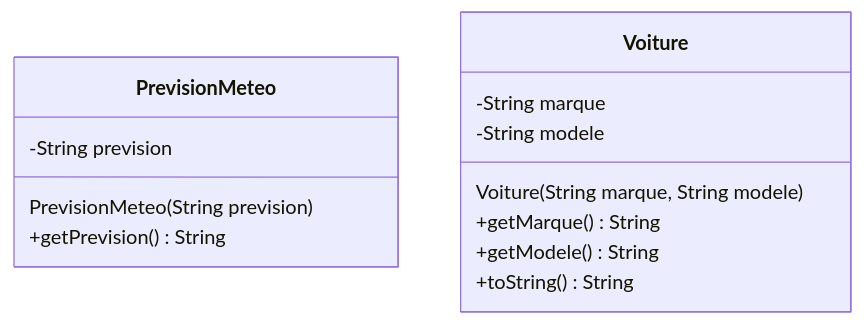
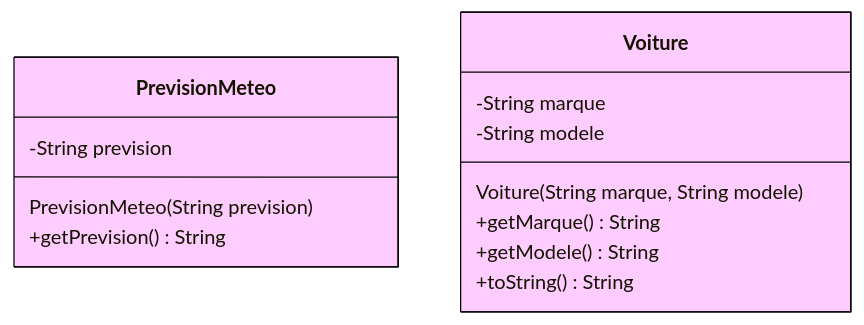
The second of 4 diagrams in README.md (emf-info/MVC_FXML_320_JDK17LTS), drawn with Mermaid before and after one commit. The commit also changed other lines of this file, not shown here.

Commit message:
Correction des couleurs dans les diagrammes de classe

````diff
--- a/README.md
+++ b/README.md
@@ -69,19 +82,22 @@
 ```mermaid
 classDiagram
 
     class PrevisionMeteo {
         -String prevision
         PrevisionMeteo( String prevision )
         +getPrevision() String
     }
 
     class Voiture {
         -String marque
         -String modele
         Voiture( String marque, String modele )
         +getMarque() String
         +getModele() String
         +toString() String
     }
 
+    style PrevisionMeteo fill:#ffccff,stroke:#000,stroke-width:1px
+    style Voiture fill:#ffccff,stroke:#000,stroke-width:1px
+
 ```
````
